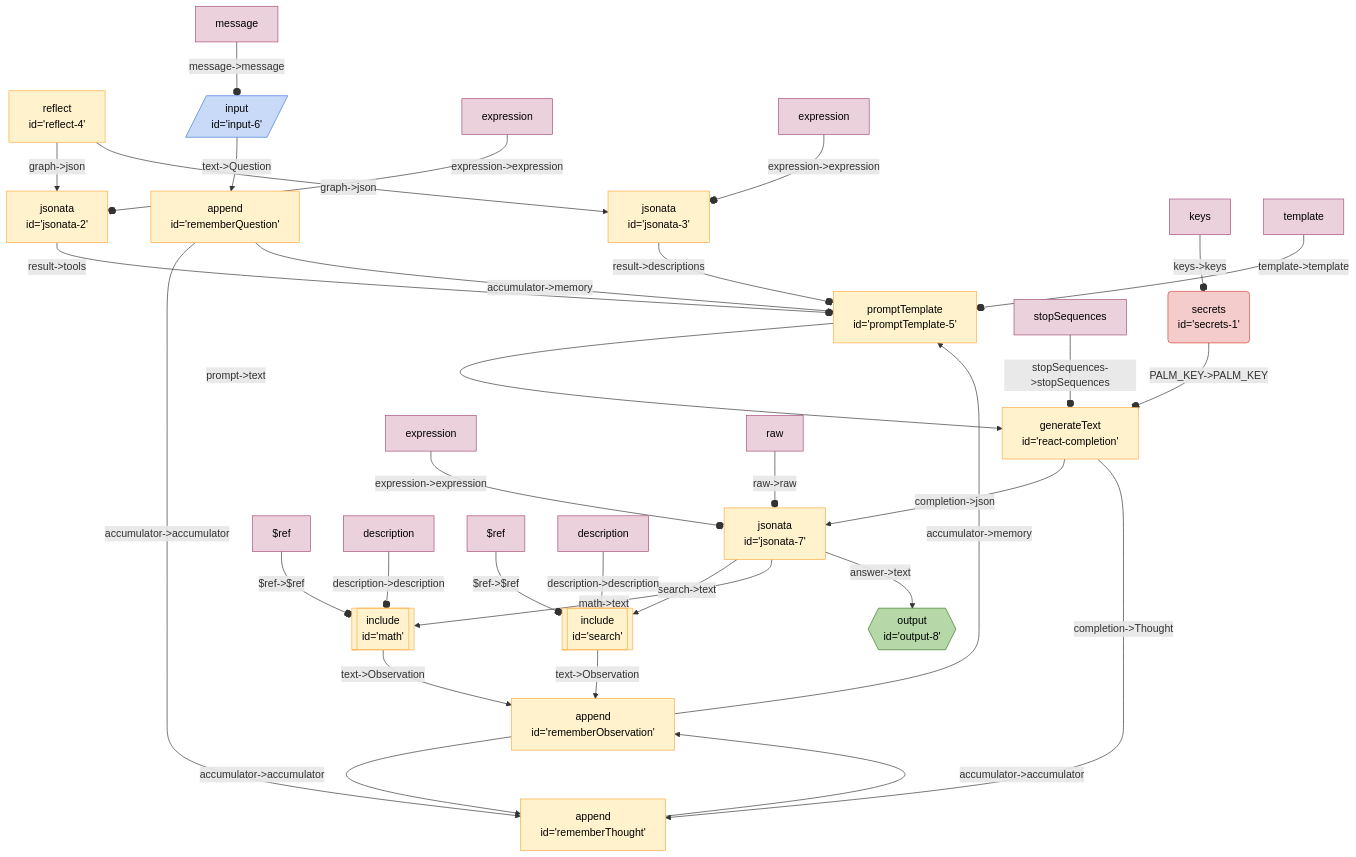
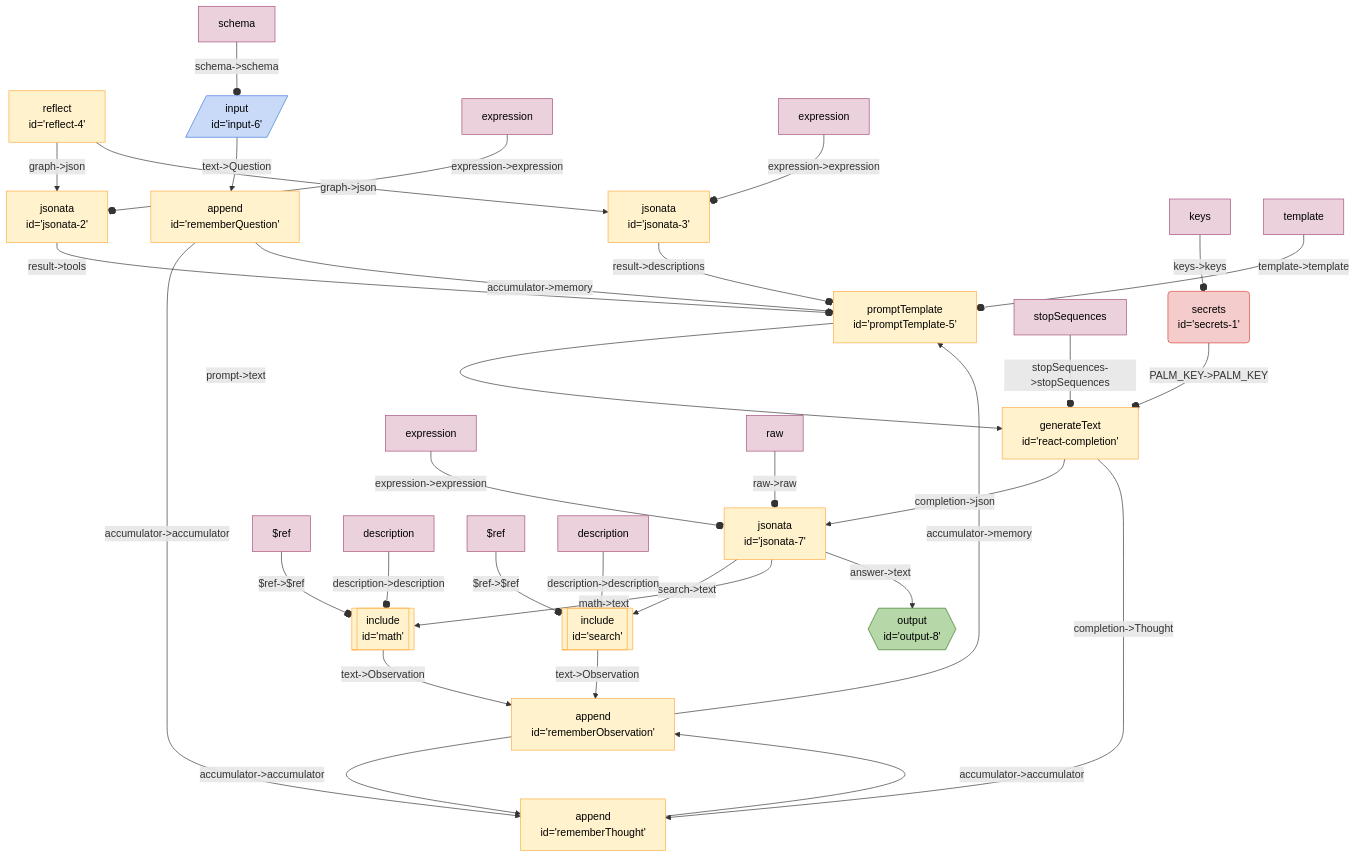
Before and after one commit to breadboard-ai/breadboard: the diagram in seeds/graph-playground/docs/graphs/react-with-jsonata.md, drawn with Mermaid. The commit also changed 25 other files, not shown here.

Commit message:
[graph-playground] Update graphs to remove "message".

````diff
--- a/seeds/graph-playground/docs/graphs/react-with-jsonata.md
+++ b/seeds/graph-playground/docs/graphs/react-with-jsonata.md
@@ -5,43 +5,43 @@
   ```mermaid
   %%{init: 'themeVariables': { 'fontFamily': 'Fira Code, monospace' }}%%
 graph TD;
 reflect4["reflect <br> id='reflect-4'"] -- "graph->json" --> jsonata2["jsonata <br> id='jsonata-2'"]
 reflect4["reflect <br> id='reflect-4'"] -- "graph->json" --> jsonata3["jsonata <br> id='jsonata-3'"]
 jsonata3["jsonata <br> id='jsonata-3'"] -- "result->descriptions" --o promptTemplate5["promptTemplate <br> id='promptTemplate-5'"]
 jsonata2["jsonata <br> id='jsonata-2'"] -- "result->tools" --o promptTemplate5["promptTemplate <br> id='promptTemplate-5'"]
 rememberObservation["append <br> id='rememberObservation'"] -- "accumulator->memory" --> promptTemplate5["promptTemplate <br> id='promptTemplate-5'"]
 rememberThought["append <br> id='rememberThought'"] -- "accumulator->accumulator" --> rememberObservation["append <br> id='rememberObservation'"]
 rememberObservation["append <br> id='rememberObservation'"] -- "accumulator->accumulator" --> rememberThought["append <br> id='rememberThought'"]
 rememberQuestion["append <br> id='rememberQuestion'"] -- "accumulator->accumulator" --> rememberThought["append <br> id='rememberThought'"]
 rememberQuestion["append <br> id='rememberQuestion'"] -- "accumulator->memory" --> promptTemplate5["promptTemplate <br> id='promptTemplate-5'"]
 input6[/"input <br> id='input-6'"/]:::input -- "text->Question" --> rememberQuestion["append <br> id='rememberQuestion'"]
 secrets1("secrets <br> id='secrets-1'"):::secrets -- "PALM_KEY->PALM_KEY" --o reactcompletion["generateText <br> id='react-completion'"]
 math[["include <br> id='math'"]]:::include -- "text->Observation" --> rememberObservation["append <br> id='rememberObservation'"]
 search[["include <br> id='search'"]]:::include -- "text->Observation" --> rememberObservation["append <br> id='rememberObservation'"]
 jsonata7["jsonata <br> id='jsonata-7'"] -- "search->text" --> search[["include <br> id='search'"]]:::include
 jsonata7["jsonata <br> id='jsonata-7'"] -- "math->text" --> math[["include <br> id='math'"]]:::include
 jsonata7["jsonata <br> id='jsonata-7'"] -- "answer->text" --> output8{{"output <br> id='output-8'"}}:::output
 reactcompletion["generateText <br> id='react-completion'"] -- "completion->json" --> jsonata7["jsonata <br> id='jsonata-7'"]
 reactcompletion["generateText <br> id='react-completion'"] -- "completion->Thought" --> rememberThought["append <br> id='rememberThought'"]
 promptTemplate5["promptTemplate <br> id='promptTemplate-5'"] -- "prompt->text" --> reactcompletion["generateText <br> id='react-completion'"]
 keyssecrets1[keys]:::config -- "keys->keys" --o secrets1
 expressionjsonata2[expression]:::config -- "expression->expression" --o jsonata2
 expressionjsonata3[expression]:::config -- "expression->expression" --o jsonata3
 templatepromptTemplate5[template]:::config -- "template->template" --o promptTemplate5
-messageinput6[message]:::config -- "message->message" --o input6
+schemainput6[schema]:::config -- "schema->schema" --o input6
 stopSequencesreactcompletion[stopSequences]:::config -- "stopSequences->stopSequences" --o reactcompletion
 $refmath[$ref]:::config -- "$ref->$ref" --o math
 descriptionmath[description]:::config -- "description->description" --o math
 $refsearch[$ref]:::config -- "$ref->$ref" --o search
 descriptionsearch[description]:::config -- "description->description" --o search
 expressionjsonata7[expression]:::config -- "expression->expression" --o jsonata7
 rawjsonata7[raw]:::config -- "raw->raw" --o jsonata7
 classDef default stroke:#ffab40,fill:#fff2ccff,color:#000
 classDef input stroke:#3c78d8,fill:#c9daf8ff,color:#000
 classDef output stroke:#38761d,fill:#b6d7a8ff,color:#000
 classDef passthrough stroke:#a64d79,fill:#ead1dcff,color:#000
 classDef slot stroke:#a64d79,fill:#ead1dcff,color:#000
 classDef config stroke:#a64d79,fill:#ead1dcff,color:#000
 classDef secrets stroke:#db4437,fill:#f4cccc,color:#000
 classDef slotted stroke:#a64d79
   ```
````
